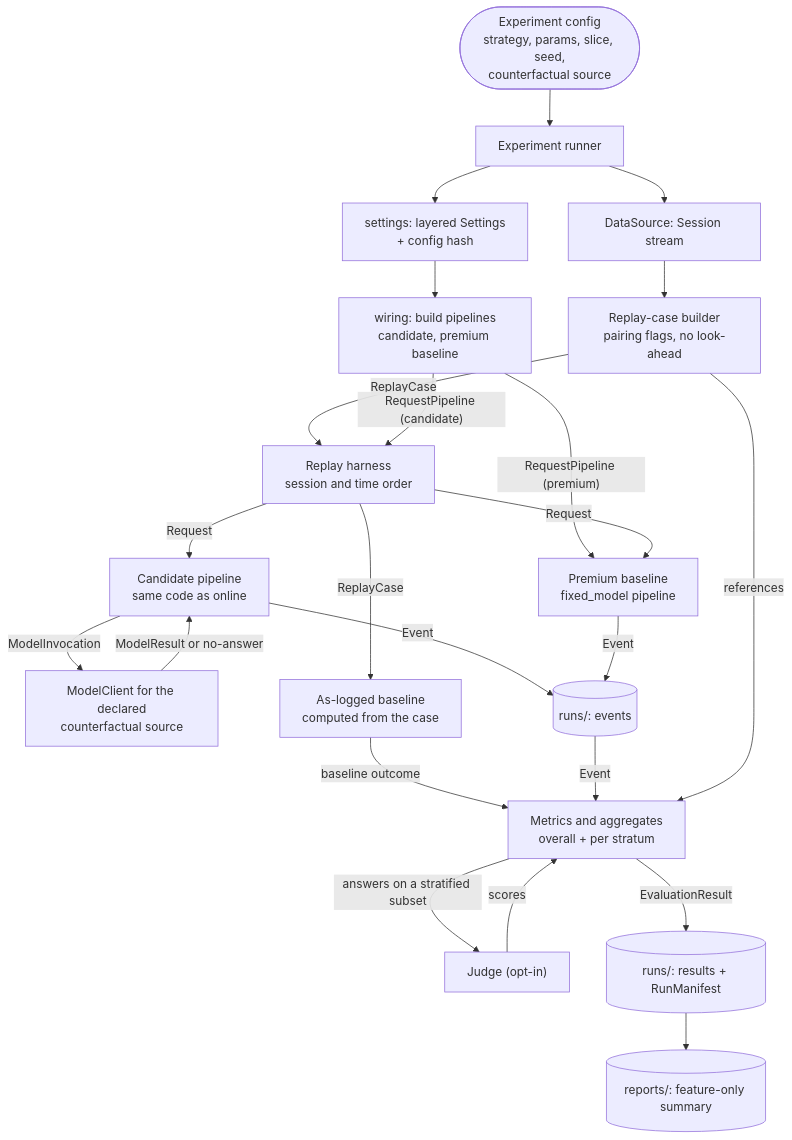
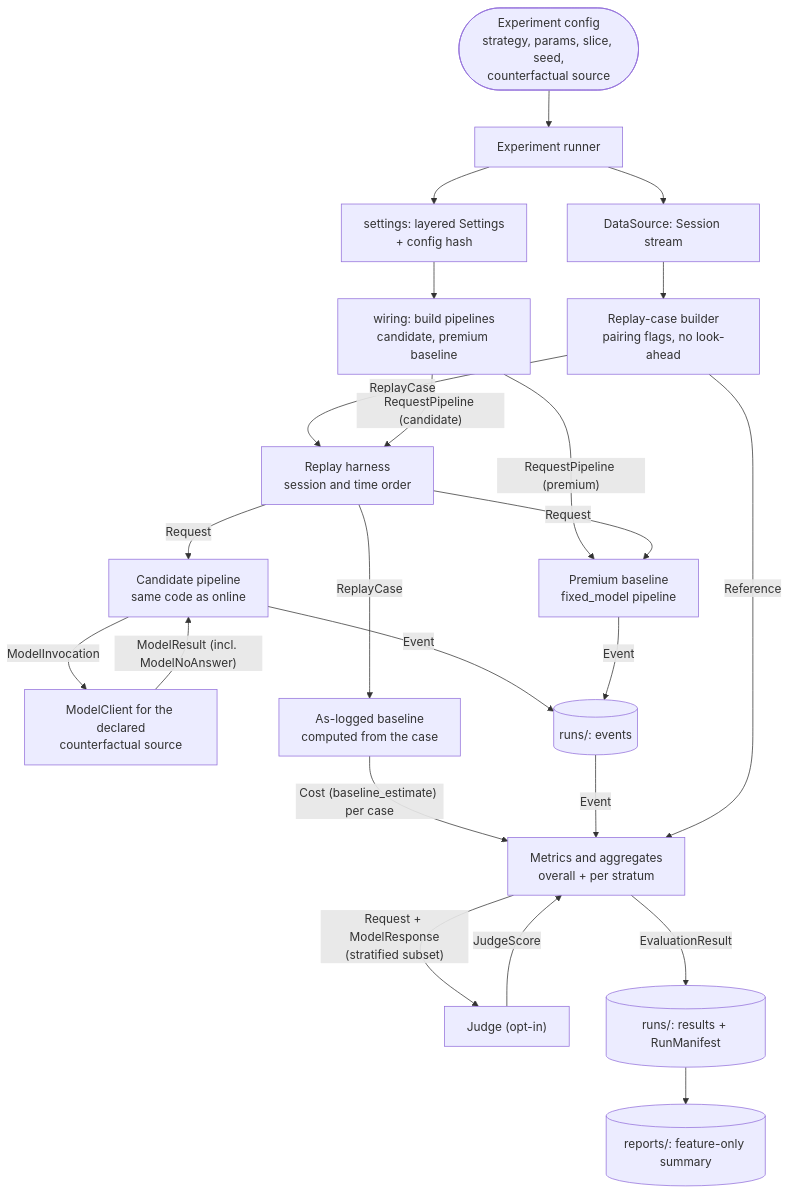
One commit to mahyamotamedi/metis-auto changed the diagram in docs/architecture/evaluation.md. Above: the diagram before and after it, drawn with Mermaid. The commit also changed other lines of this file and 47 other files, not shown here.

````diff
--- a/docs/architecture/evaluation.md
+++ b/docs/architecture/evaluation.md
@@ -23,26 +23,26 @@
 ```mermaid
 %% Question: how does an experiment config become comparable results vs both baselines, and which parts reuse the real pipeline?
 flowchart TD
     cfg(["Experiment config<br/>strategy, params, slice, seed,<br/>counterfactual source"]) --> runner["Experiment runner"]
     runner --> settings["settings: layered Settings<br/>+ config hash"]
     settings --> wiring["wiring: build pipelines<br/>candidate, premium baseline"]
     runner --> ds["DataSource: Session stream"]
     ds --> cases["Replay-case builder<br/>pairing flags, no look-ahead"]
     cases -- "ReplayCase" --> harness["Replay harness<br/>session and time order"]
     wiring -- "RequestPipeline (candidate)" --> harness
     harness -- "Request" --> cand["Candidate pipeline<br/>same code as online"]
     cand -- "ModelInvocation" --> cf["ModelClient for the declared<br/>counterfactual source"]
-    cf -- "ModelResult or no-answer" --> cand
+    cf -- "ModelResult (incl. ModelNoAnswer)" --> cand
     cand -- "Event" --> sink[("runs/: events")]
     harness -- "ReplayCase" --> asl["As-logged baseline<br/>computed from the case"]
     wiring -- "RequestPipeline (premium)" --> prem["Premium baseline<br/>fixed_model pipeline"]
     harness -- "Request" --> prem
     prem -- "Event" --> sink
-    asl -- "baseline outcome" --> metrics
+    asl -- "Cost (baseline_estimate) per case" --> metrics
     sink -- "Event" --> metrics["Metrics and aggregates<br/>overall + per stratum"]
-    cases -- "references" --> metrics
-    metrics -- "answers on a stratified subset" --> judge["Judge (opt-in)"]
-    judge -- "scores" --> metrics
+    cases -- "Reference" --> metrics
+    metrics -- "Request + ModelResponse<br/>(stratified subset)" --> judge["Judge (opt-in)"]
+    judge -- "JudgeScore" --> metrics
     metrics -- "EvaluationResult" --> out[("runs/: results + RunManifest")]
     out --> rep[("reports/: feature-only summary")]
 ```
````
